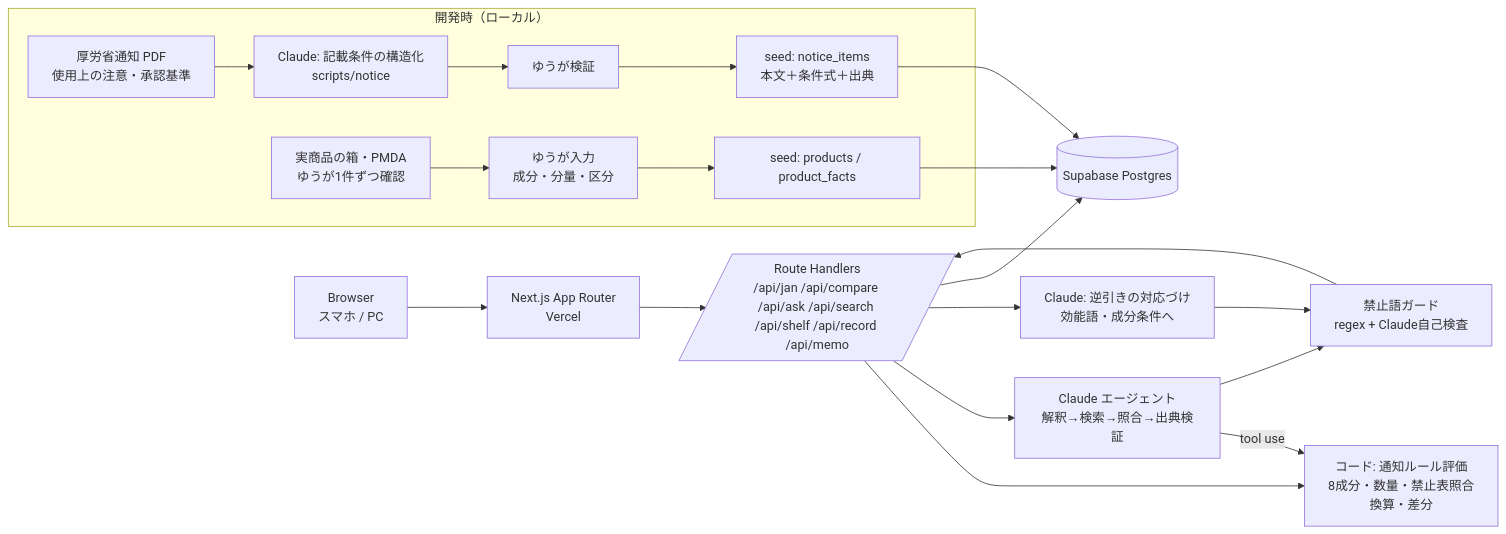
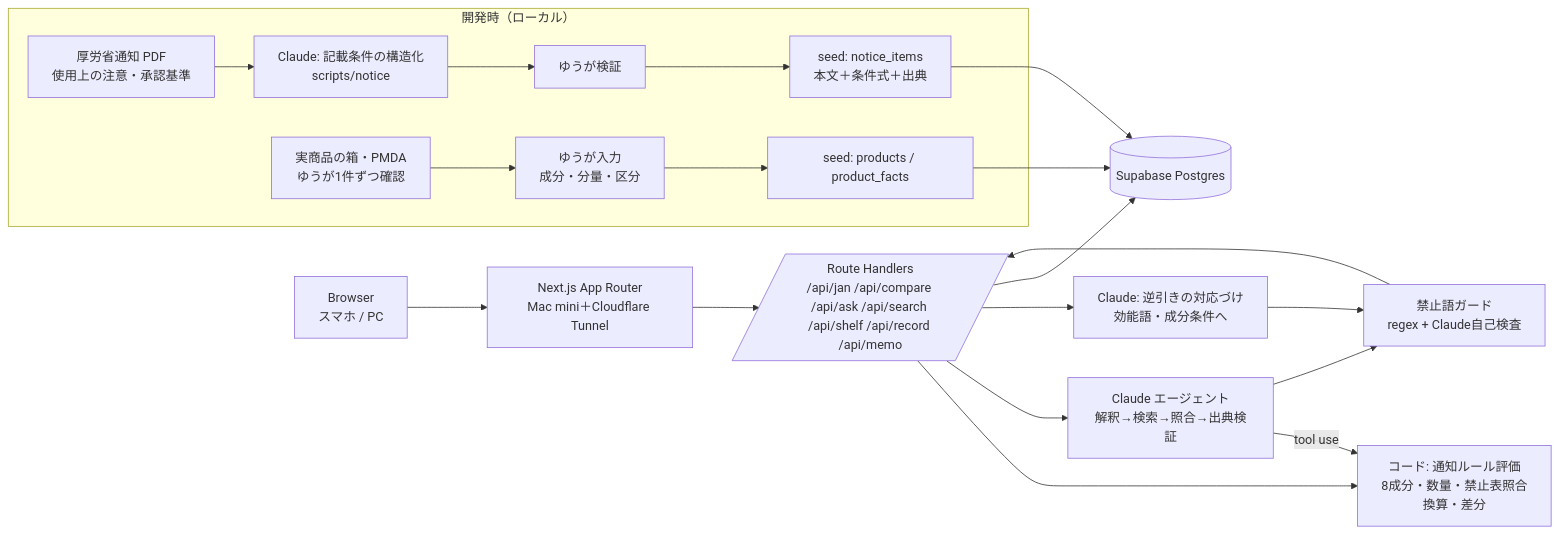
Before and after one commit to 32Lwk/hakoyomi: the first of 2 diagrams in docs/architecture.md, drawn with Mermaid. The commit also changed other lines of this file and 5 other files, not shown here.

First line of the commit message:
T004: Mac mini＋Cloudflare Tunnel で hakoyomi.yutok.dev に公開（Vercel から変更）

````diff
--- a/docs/architecture.md
+++ b/docs/architecture.md
@@ -6,22 +6,22 @@
 ```mermaid
 flowchart LR
   subgraph DEV[開発時（ローカル）]
     N1[厚労省通知 PDF<br/>使用上の注意・承認基準] --> NP[Claude: 記載条件の構造化<br/>scripts/notice]
     NP --> NV[ゆうが検証]
     NV --> NSEED[seed: notice_items<br/>本文＋条件式＋出典]
     BOX[実商品の箱・PMDA<br/>ゆうが1件ずつ確認] --> PIN[ゆうが入力<br/>成分・分量・区分]
     PIN --> PSEED[seed: products / product_facts]
   end
-  U[Browser<br/>スマホ / PC] --> APP[Next.js App Router<br/>Vercel]
+  U[Browser<br/>スマホ / PC] --> APP[Next.js App Router<br/>Mac mini＋Cloudflare Tunnel]
   APP --> API[/Route Handlers<br/>/api/jan /api/compare /api/ask /api/search /api/shelf /api/record /api/memo/]
   API --> RE[コード: 通知ルール評価<br/>8成分・数量・禁止表照合<br/>換算・差分]
   API --> AG[Claude エージェント<br/>解釈→検索→照合→出典検証]
   AG -- tool use --> RE
   AG --> G[禁止語ガード<br/>regex + Claude自己検査]
   API --> SR[Claude: 逆引きの対応づけ<br/>効能語・成分条件へ]
   SR --> G
   G --> API
   NSEED --> DB[(Supabase Postgres)]
   PSEED --> DB
   API --> DB
 ```
````
